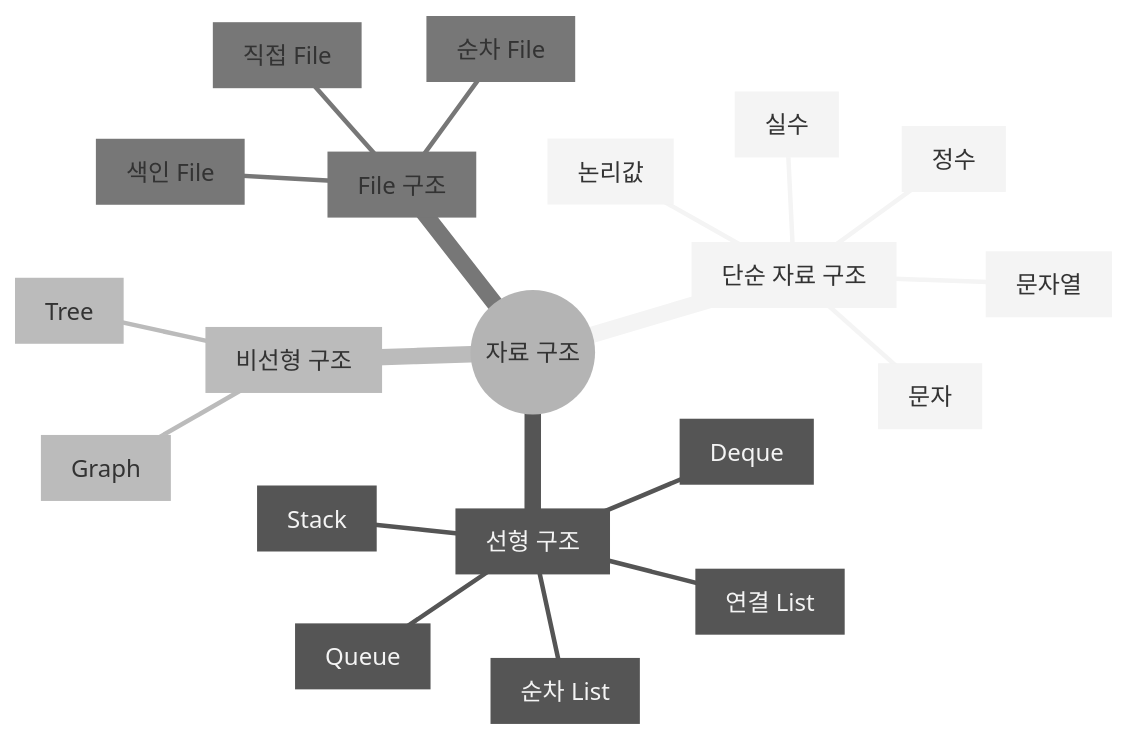
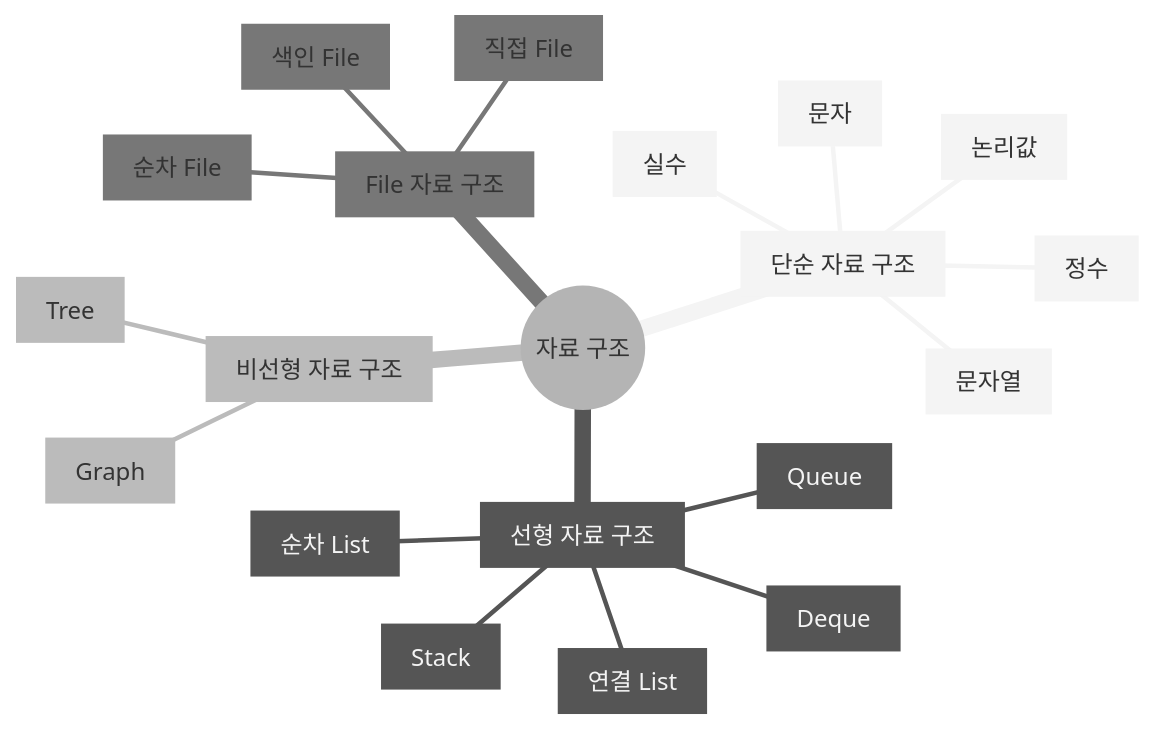
The diagram in _skills/data-structure/index.md (choesimin/choesimin.github.io), drawn with Mermaid (neutral theme) before and after one commit. The commit also changed other lines of this file and 90 other files, not shown here.

````diff
--- a/_skills/data-structure/index.md
+++ b/_skills/data-structure/index.md
@@ -45,23 +45,23 @@
 ```mermaid
 mindmap
     root((자료 구조))
         primitive[단순 자료 구조]
             integer[정수]
             float[실수]
             char[문자]
             string[문자열]
             boolean[논리값]
-        linear[선형 구조]
+        linear[선형 자료 구조]
             sequential-list[순차 List]
             linked-list[연결 List]
             stack[Stack]
             queue[Queue]
             deque[Deque]
-        non-linear[비선형 구조]
+        non-linear[비선형 자료 구조]
             graph[Graph]
             tree[Tree]
-        file[File 구조]
+        file[File 자료 구조]
             sequential-file[순차 File]
             indexed-file[색인 File]
             direct-file[직접 File]
 ```
````
